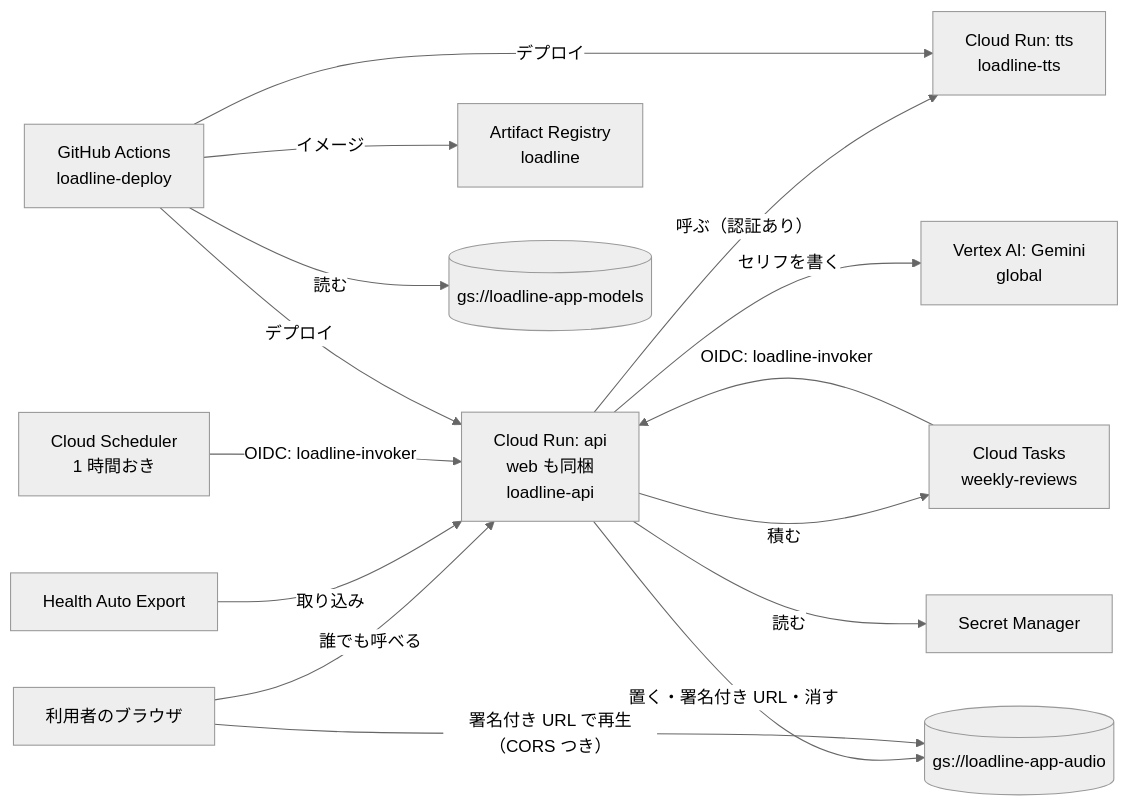
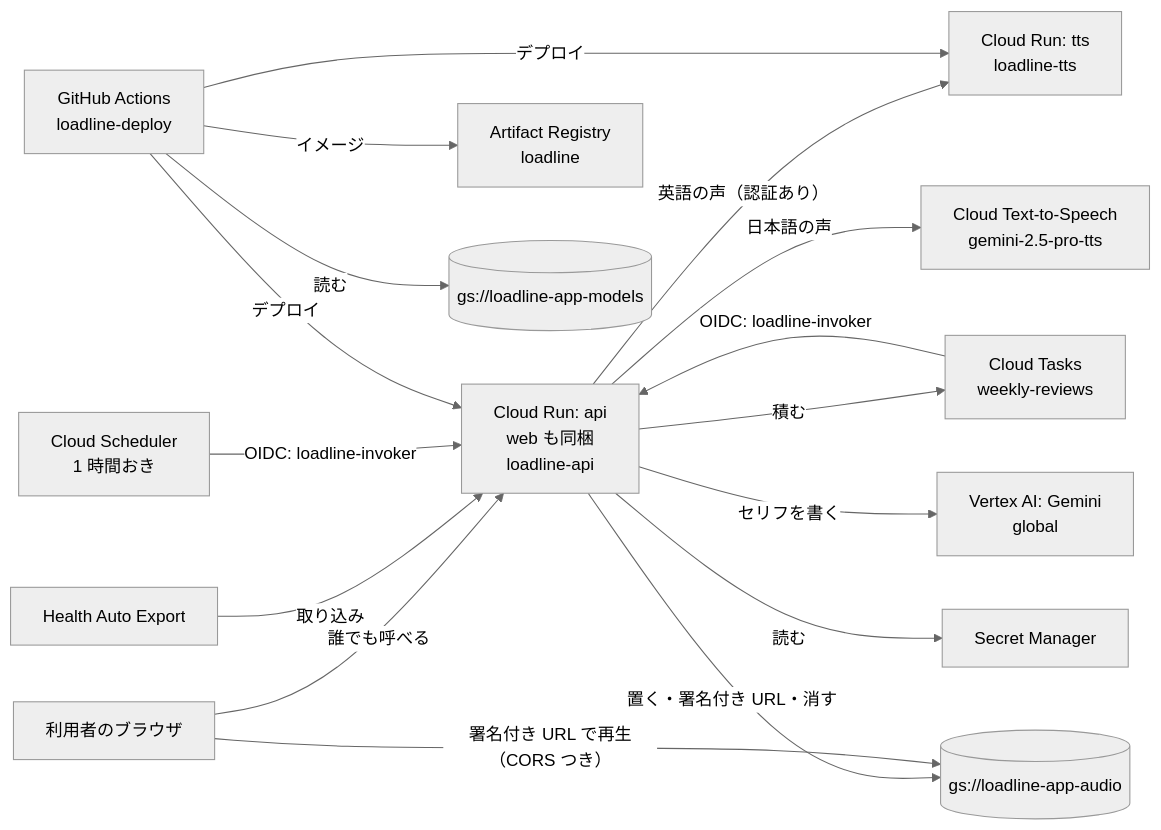
Before and after one commit to d-station-grid/loadline: the diagram in docs/gcp.md, drawn with Mermaid (neutral theme). The commit also changed other lines of this file and 16 other files, not shown here.

First line of the commit message:
日本語の週次レビューを、Google Cloud Text-to-Speech の声で読み上げる (#126)

````diff
--- a/docs/gcp.md
+++ b/docs/gcp.md
@@ -13,17 +13,18 @@
 ```mermaid
 flowchart LR
   U[利用者のブラウザ] -- 誰でも呼べる --> A[Cloud Run: api<br>web も同梱<br>loadline-api]
   HAE[Health Auto Export] -- 取り込み --> A
   SCH[Cloud Scheduler<br>1 時間おき] -- OIDC: loadline-invoker --> A
   A -- 積む --> Q[Cloud Tasks<br>weekly-reviews]
   Q -- OIDC: loadline-invoker --> A
-  A -- 呼ぶ（認証あり） --> T[Cloud Run: tts<br>loadline-tts]
+  A -- 英語の声（認証あり） --> T[Cloud Run: tts<br>loadline-tts]
+  A -- 日本語の声 --> GT[Cloud Text-to-Speech<br>gemini-2.5-pro-tts]
   A -- セリフを書く --> V[Vertex AI: Gemini<br>global]
   A -- 置く・署名付き URL・消す --> S[(gs://loadline-app-audio)]
   A -- 読む --> SM[Secret Manager]
   U -- 署名付き URL で再生（CORS つき） --> S
   GA[GitHub Actions<br>loadline-deploy] -- イメージ --> AR[Artifact Registry<br>loadline]
   GA -- 読む --> M[(gs://loadline-app-models)]
   GA -- デプロイ --> A
   GA -- デプロイ --> T
 ```
````
